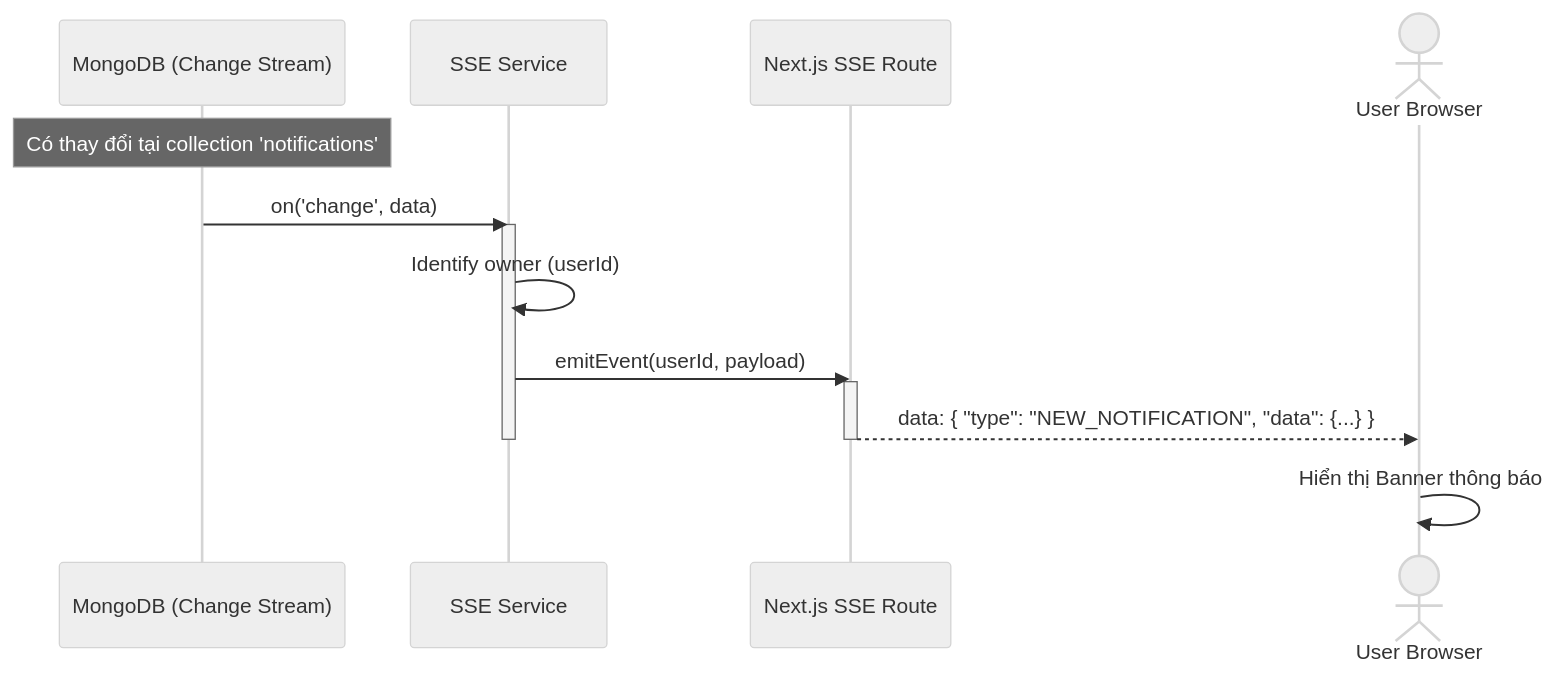
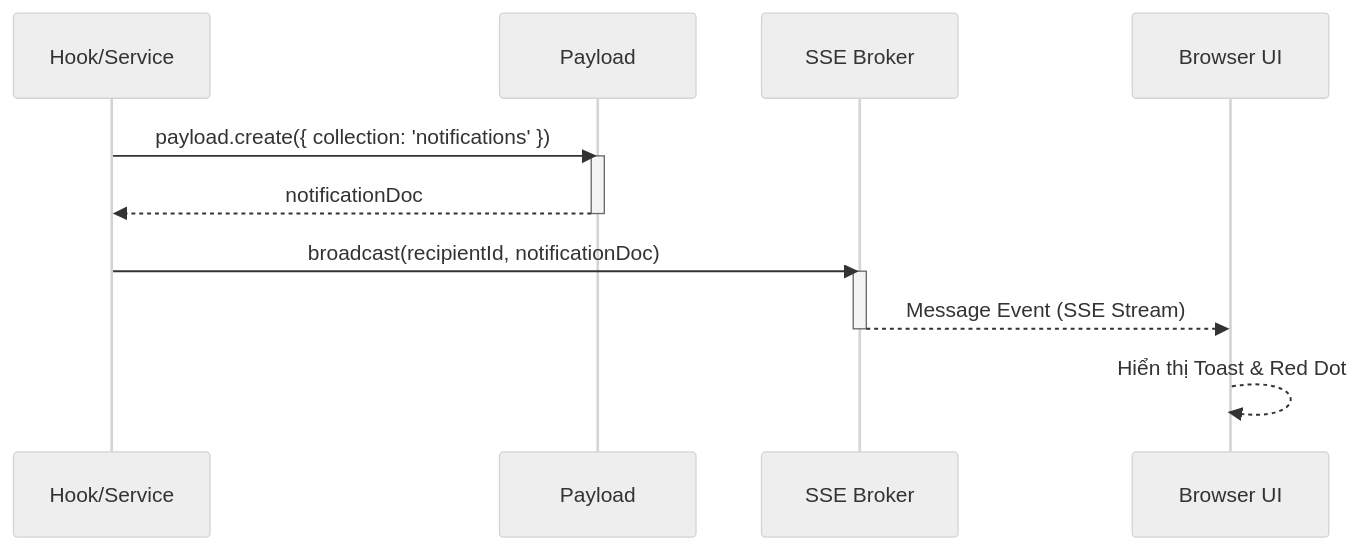
The first of 2 diagrams in Docs/life-2/diagrams/sequence-diagrams/detailed-m6-safety.md (vuthuonghai-steve/KLTN-By_Thuong_Hai-Steve), drawn with Mermaid (neutral theme) before and after one commit. The commit also changed other lines of this file and 29 other files, not shown here.

````diff
--- a/Docs/life-2/diagrams/sequence-diagrams/detailed-m6-safety.md
+++ b/Docs/life-2/diagrams/sequence-diagrams/detailed-m6-safety.md
@@ -12,21 +12,19 @@
 ```mermaid
 sequenceDiagram
-    participant DB as MongoDB (Change Stream)
-    participant Broadcaster as SSE Service
-    participant Route as Next.js SSE Route
-    actor Client as User Browser
+    participant System as Hook/Service
+    participant Payload
+    participant SSE as SSE Broker
+    participant Client as Browser UI
 
-    Note over DB: Có thay đổi tại collection 'notifications'
-    DB->>Broadcaster: on('change', data)
-    activate Broadcaster
+    System->>Payload: payload.create({ collection: 'notifications' })
+    activate Payload
+    Payload-->>System: notificationDoc
+    deactivate Payload
+
+    System->>SSE: broadcast(recipientId, notificationDoc)
+    activate SSE
+    SSE-->>Client: Message Event (SSE Stream)
+    deactivate SSE
     
-    Broadcaster->>Broadcaster: Identify owner (userId)
-    Broadcaster->>Route: emitEvent(userId, payload)
-    activate Route
-    
-    Route-->>Client: data: { "type": "NEW_NOTIFICATION", "data": {...} }
-    deactivate Route
-    deactivate Broadcaster
-    
-    Client->>Client: Hiển thị Banner thông báo
+    Client-->>Client: Hiển thị Toast & Red Dot
 ```
````
